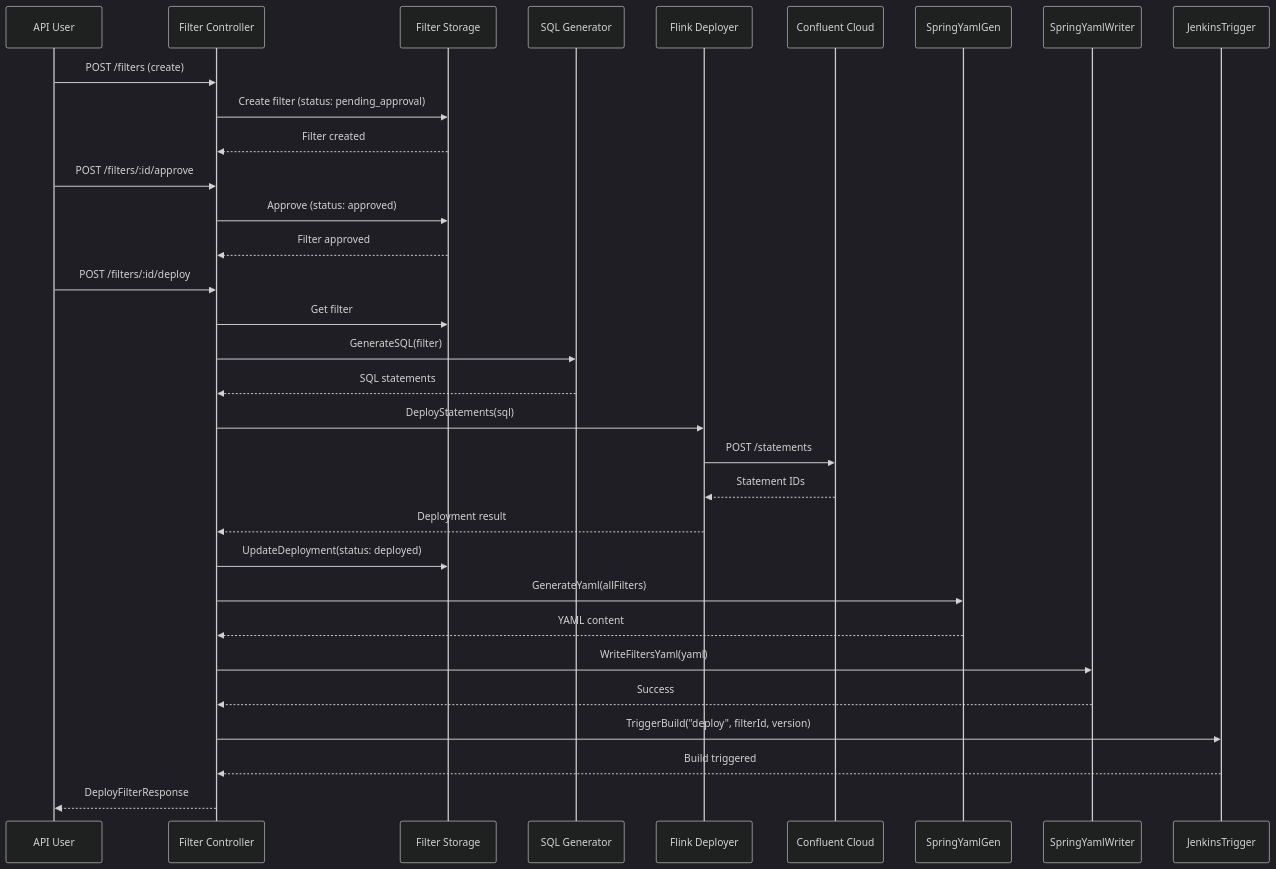
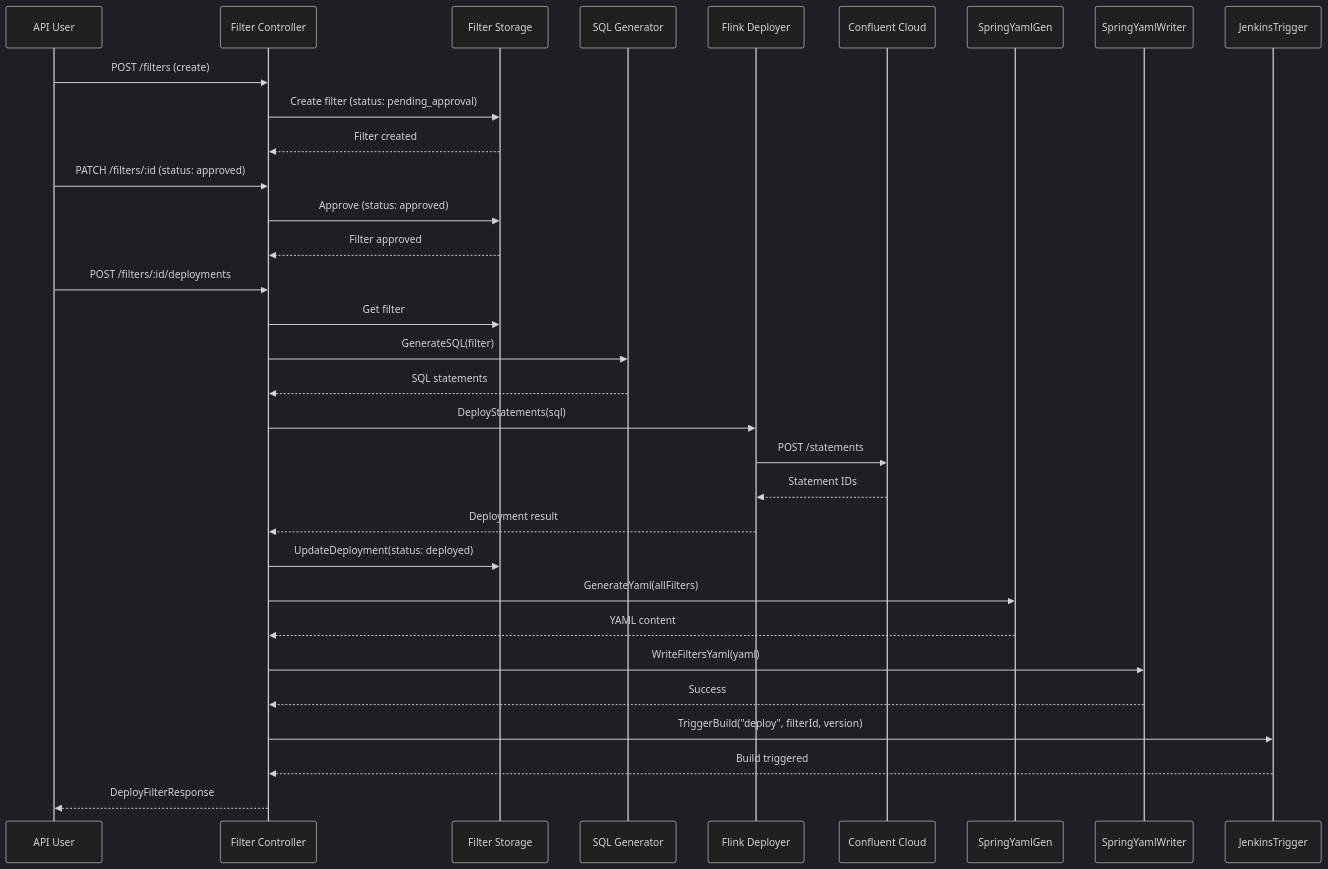
One commit to RickZee/api-performance-multi-lang changed the sixth of 12 diagrams in metadata-service-java/METADATA_SERVICE_DOCUMENTATION.md. Above: the diagram before and after it, drawn with Mermaid (dark theme). The commit also changed other lines of this file and 11 other files, not shown here.

````diff
--- a/metadata-service-java/METADATA_SERVICE_DOCUMENTATION.md
+++ b/metadata-service-java/METADATA_SERVICE_DOCUMENTATION.md
@@ -183,36 +286,36 @@
 ```mermaid
 sequenceDiagram
     participant User as API User
     participant API as Filter Controller
     participant Storage as Filter Storage
     participant Gen as SQL Generator
     participant Deploy as Flink Deployer
     participant Confluent as Confluent Cloud
 
     User->>API: POST /filters (create)
     API->>Storage: Create filter (status: pending_approval)
     Storage-->>API: Filter created
 
-    User->>API: POST /filters/:id/approve
+    User->>API: PATCH /filters/:id (status: approved)
     API->>Storage: Approve (status: approved)
     Storage-->>API: Filter approved
 
-    User->>API: POST /filters/:id/deploy
+    User->>API: POST /filters/:id/deployments
     API->>Storage: Get filter
     API->>Gen: GenerateSQL(filter)
     Gen-->>API: SQL statements
 
     API->>Deploy: DeployStatements(sql)
     Deploy->>Confluent: POST /statements
     Confluent-->>Deploy: Statement IDs
     Deploy-->>API: Deployment result
 
     API->>Storage: UpdateDeployment(status: deployed)
     API->>SpringYamlGen: GenerateYaml(allFilters)
     SpringYamlGen-->>API: YAML content
     API->>SpringYamlWriter: WriteFiltersYaml(yaml)
     SpringYamlWriter-->>API: Success
     API->>JenkinsTrigger: TriggerBuild("deploy", filterId, version)
     JenkinsTrigger-->>API: Build triggered
     API-->>User: DeployFilterResponse
 ```
````
